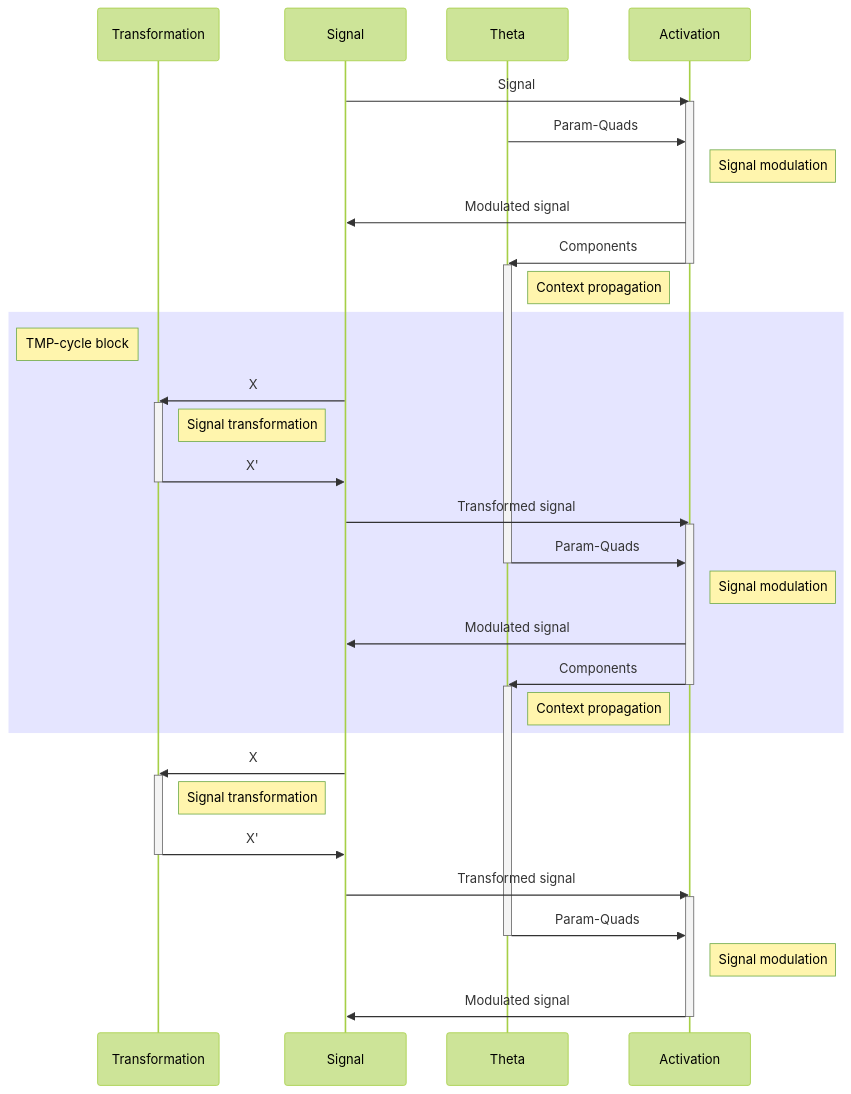
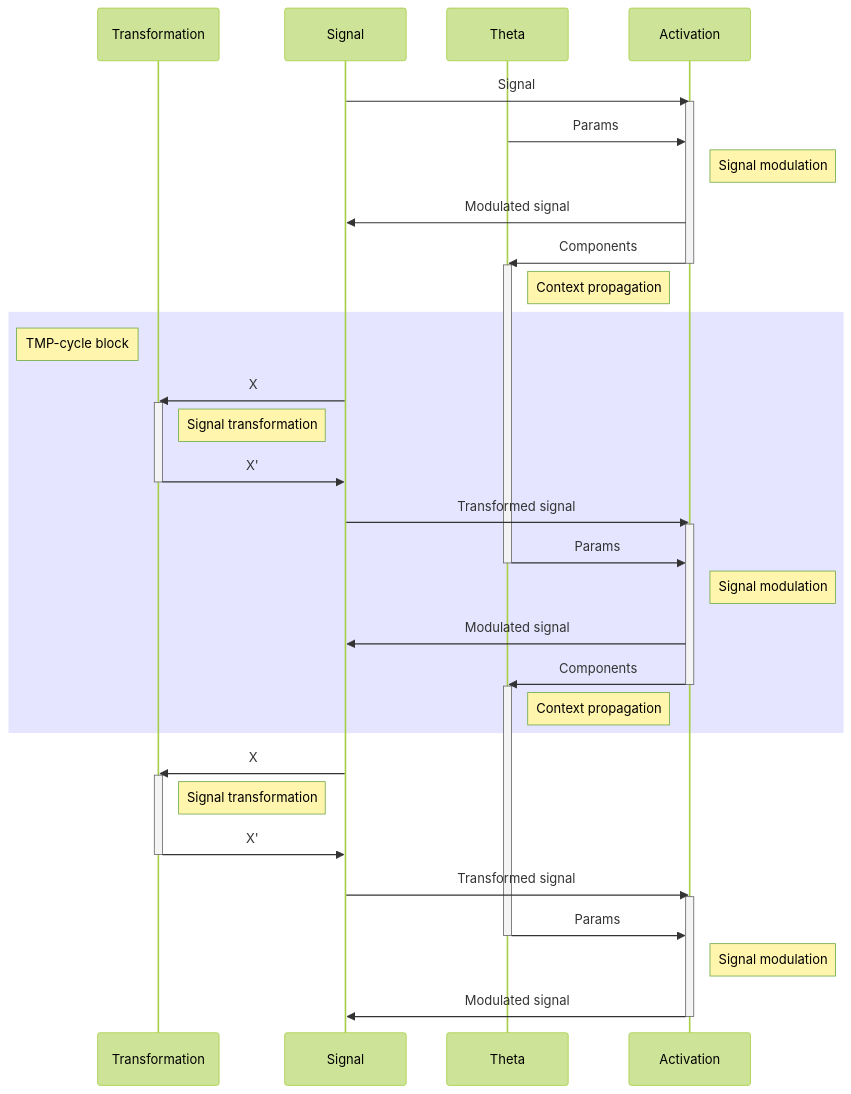
One commit to Sombressoul/dyna changed the diagram in README.md. Above: the diagram before and after it, drawn with Mermaid (forest theme). The commit also changed other lines of this file and 21 other files, not shown here.

````diff
--- a/README.md
+++ b/README.md
@@ -80,46 +33,46 @@
 ```mermaid
 sequenceDiagram
     participant Transformation
     participant Signal
     participant Theta
     participant Activation
     Signal->>Activation: Signal
     activate Activation
-    Theta->>Activation: Param-Quads
+    Theta->>Activation: Params
     Note right of Activation: Signal modulation
     Activation->>Signal: Modulated signal
     Activation->>Theta: Components
     deactivate Activation
     activate Theta
     Note right of Theta: Context propagation
     rect rgba(0, 0, 255, .1)
         note left of Transformation: TMP-cycle block
         Signal->>Transformation: X
         activate Transformation
         Note right of Transformation: Signal transformation
         Transformation->>Signal: X'
         deactivate Transformation
         Signal->>Activation: Transformed signal
         activate Activation
-        Theta->>Activation: Param-Quads
+        Theta->>Activation: Params
         deactivate Theta
         Note right of Activation: Signal modulation
         Activation->>Signal: Modulated signal
         Activation->>Theta: Components
         deactivate Activation
         activate Theta
         Note right of Theta: Context propagation
     end
         Signal->>Transformation: X
         activate Transformation
         Note right of Transformation: Signal transformation
         Transformation->>Signal: X'
         deactivate Transformation
     Signal->>Activation: Transformed signal
     activate Activation
-    Theta->>Activation: Param-Quads
+    Theta->>Activation: Params
     deactivate Theta
     Note right of Activation: Signal modulation
     Activation->>Signal: Modulated signal
     deactivate Activation
 ```
````
